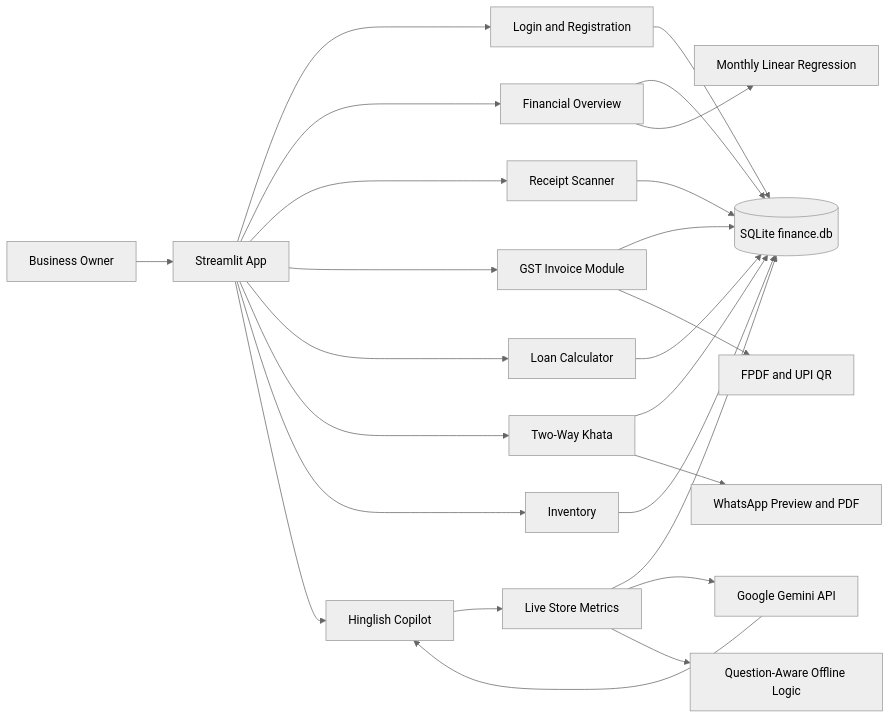
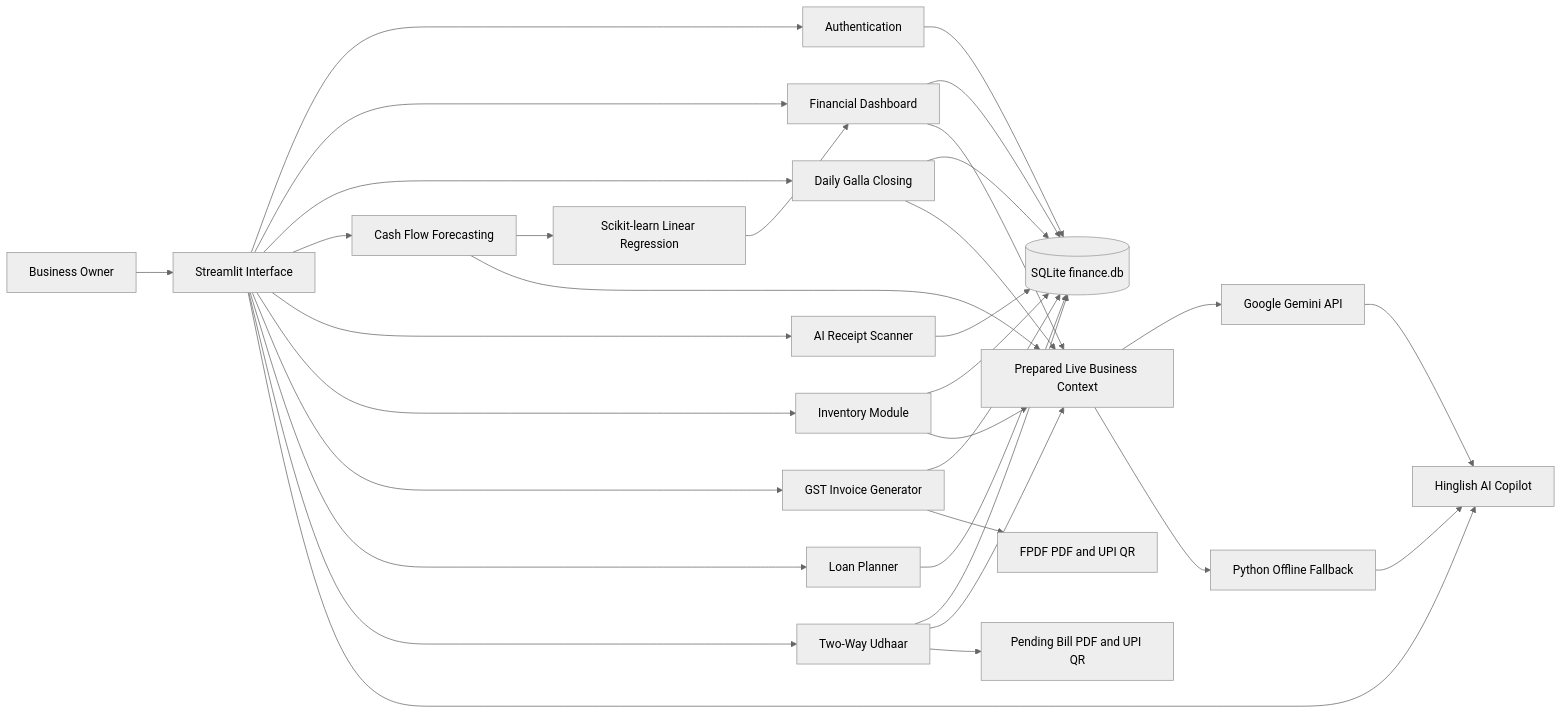
The diagram in README.md (rajatjaiswal032-droid/vyaparmitra-ai-smart-business-finance), drawn with Mermaid (neutral theme) before and after one commit. The commit also changed other lines of this file and 3 other files, not shown here.

````diff
--- a/README.md
+++ b/README.md
@@ -236,30 +227,39 @@
 ```mermaid
 flowchart LR
-    User[Business Owner] --> UI[Streamlit App]
-    UI --> Auth[Login and Registration]
-    UI --> Overview[Financial Overview]
-    UI --> Scanner[Receipt Scanner]
-    UI --> GST[GST Invoice Module]
-    UI --> Loan[Loan Calculator]
-    UI --> Khata[Two-Way Khata]
-    UI --> Inventory[Inventory]
-    UI --> Copilot[Hinglish Copilot]
+    Owner[Business Owner] --> UI[Streamlit Interface]
+    UI --> Auth[Authentication]
+    UI --> Dashboard[Financial Dashboard]
+    UI --> Galla[Daily Galla Closing]
+    UI --> Forecast[Cash Flow Forecasting]
+    UI --> Receipt[AI Receipt Scanner]
+    UI --> Inventory[Inventory Module]
+    UI --> GST[GST Invoice Generator]
+    UI --> Loan[Loan Planner]
+    UI --> Khata[Two-Way Udhaar]
+    UI --> Copilot[Hinglish AI Copilot]
 
     Auth --> DB[(SQLite finance.db)]
-    Overview --> DB
-    Scanner --> DB
+    Dashboard --> DB
+    Galla --> DB
+    Receipt --> DB
+    Inventory --> DB
     GST --> DB
     Loan --> DB
     Khata --> DB
-    Inventory --> DB
 
-    Overview --> Forecast[Monthly Linear Regression]
-    Copilot --> Summary[Live Store Metrics]
-    Summary --> DB
-    Summary --> Gemini[Google Gemini API]
+    Forecast --> ML[Scikit-learn Linear Regression]
+    ML --> Dashboard
+
+    Dashboard --> Context[Prepared Live Business Context]
+    Inventory --> Context
+    Khata --> Context
+    Galla --> Context
+    Forecast --> Context
+    Context --> Gemini[Google Gemini API]
     Gemini --> Copilot
-    Summary --> Fallback[Question-Aware Offline Logic]
+    Context --> Fallback[Python Offline Fallback]
+    Fallback --> Copilot
 
-    GST --> PDF[FPDF and UPI QR]
-    Khata --> Reminder[WhatsApp Preview and PDF]
+    GST --> PDF[FPDF PDF and UPI QR]
+    Khata --> PaymentPDF[Pending Bill PDF and UPI QR]
 ```
````
